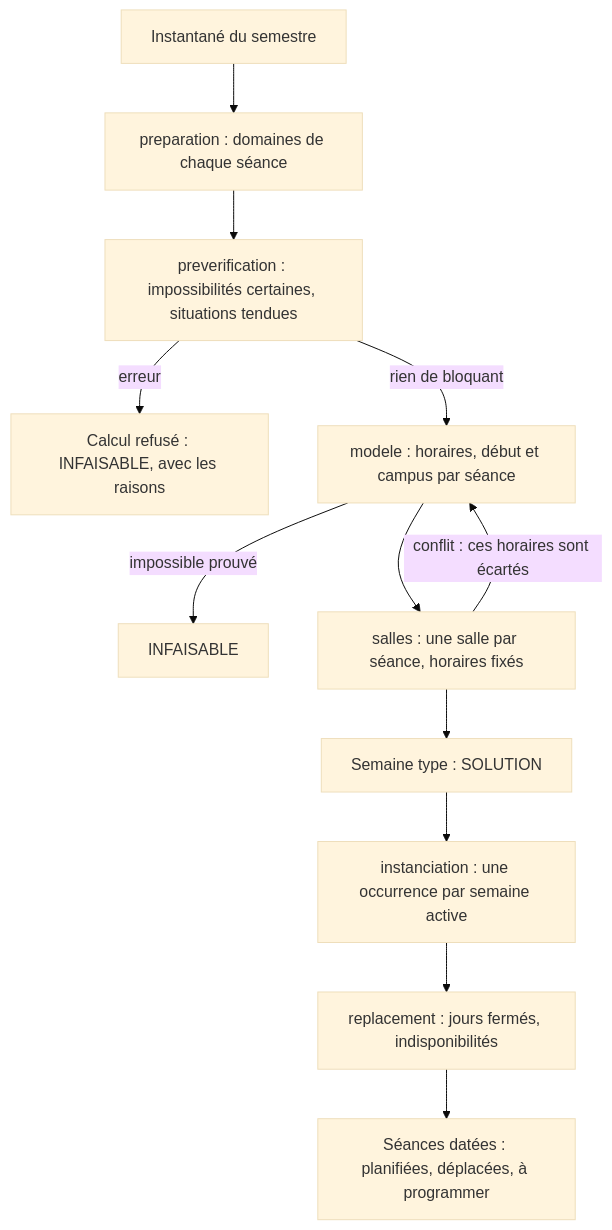
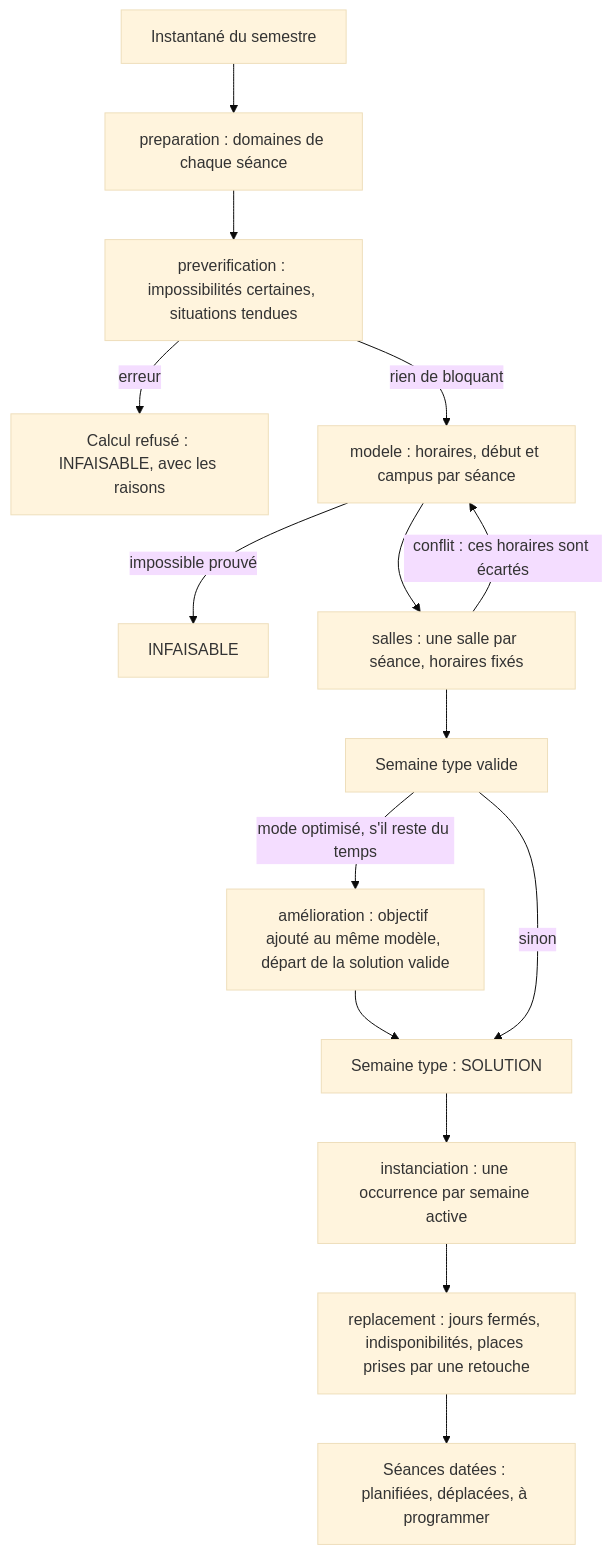
One commit to Maki882/projet-edt changed the diagram in docs/solveur.md. Above: the diagram before and after it, drawn with Mermaid (base theme). The commit also changed other lines of this file, not shown here.

First line of the commit message:
Documente le calcul en deux temps, ses mesures et les garde-fous ajoutés

````diff
--- a/docs/solveur.md
+++ b/docs/solveur.md
@@ -22,14 +22,17 @@
 ```mermaid
 flowchart TD
     I[Instantané du semestre] --> P[preparation : domaines de chaque séance]
     P --> V[preverification : impossibilités certaines, situations tendues]
     V -->|erreur| R[Calcul refusé : INFAISABLE, avec les raisons]
     V -->|rien de bloquant| H[modele : horaires, début et campus par séance]
     H -->|impossible prouvé| X[INFAISABLE]
     H --> S[salles : une salle par séance, horaires fixés]
     S -->|conflit : ces horaires sont écartés| H
-    S --> T[Semaine type : SOLUTION]
-    T --> N[instanciation : une occurrence par semaine active]
-    N --> D[replacement : jours fermés, indisponibilités]
+    S --> T[Semaine type valide]
+    T -->|mode optimisé, s'il reste du temps| A[amélioration : objectif ajouté au même modèle, départ de la solution valide]
+    A --> U[Semaine type : SOLUTION]
+    T -->|sinon| U
+    U --> N[instanciation : une occurrence par semaine active]
+    N --> D[replacement : jours fermés, indisponibilités, places prises par une retouche]
     D --> O[Séances datées : planifiées, déplacées, à programmer]
 ```
````
